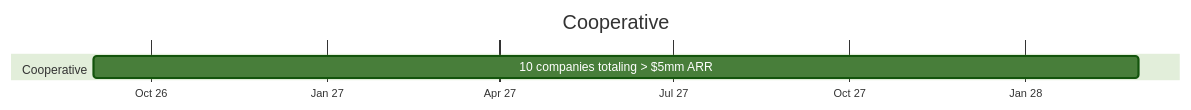
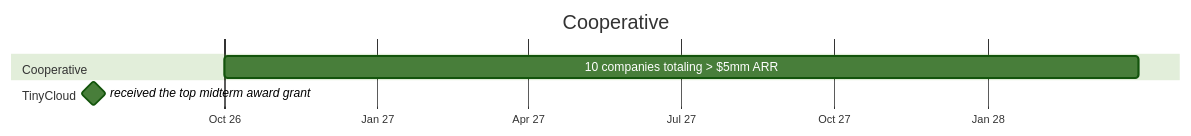
Before and after one commit to jameslbarnes/oneguild: the fifth of 9 diagrams in guild/ONE-GUILD.md, drawn with Mermaid (forest theme). The commit also changed other lines of this file and 28 other files, not shown here.

Commit message:
Guild: dates & numbers interview pass 1, UnLimited Partners rename, raise on timeline

````diff
--- a/guild/ONE-GUILD.md
+++ b/guild/ONE-GUILD.md
@@ -547,9 +563,11 @@
 ```mermaid
 gantt
   title Cooperative
   dateFormat YYYY-MM-DD
   axisFormat %b %y
   todayMarker stroke-width:2px,stroke:#d33
   section Cooperative
-    10 companies totaling > $5mm ARR :2026-09-01, 2028-02-29
+    10 companies totaling > $5mm ARR :2026-10-01, 2028-03-31
+  section TinyCloud
+    received the top midterm award grant :milestone, 2026-07-15, 0d
 ```
````
